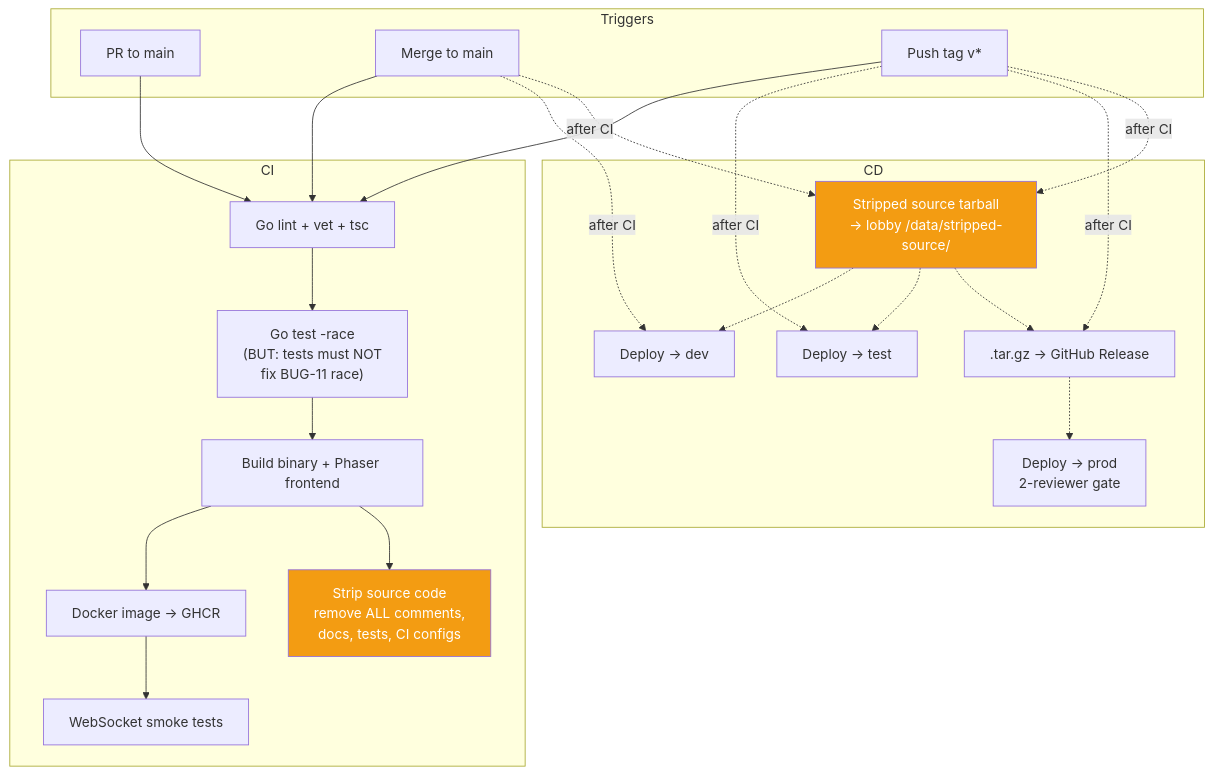
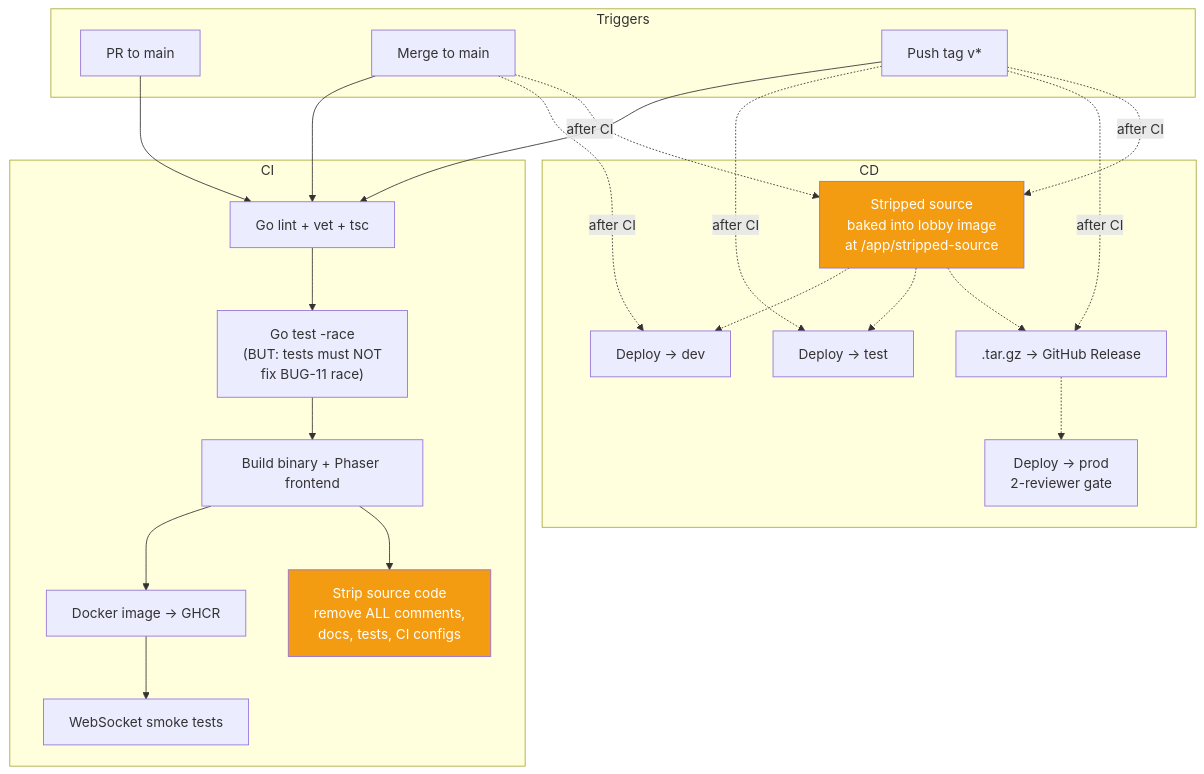
The diagram in docs/specs/foundations/09-ci-cd-deploy.md (NUSGreyhats/dcsg-vibecat-404), drawn with Mermaid before and after one commit. The commit also changed other lines of this file and 5 other files, not shown here.

````diff
--- a/docs/specs/foundations/09-ci-cd-deploy.md
+++ b/docs/specs/foundations/09-ci-cd-deploy.md
@@ -17,32 +17,32 @@
 ```mermaid
 graph TD
     subgraph Triggers
         PR["PR to main"]
         MAIN["Merge to main"]
         TAG["Push tag v*"]
     end
 
     subgraph "CI"
         LINT[Go lint + vet + tsc] --> TEST["Go test -race<br/>(BUT: tests must NOT<br/>fix BUG-11 race)"] --> BUILD[Build binary + Phaser frontend] --> DOCKER[Docker image → GHCR] --> SMOKE[WebSocket smoke tests]
         BUILD --> STRIP["Strip source code<br/>remove ALL comments,<br/>docs, tests, CI configs"]
     end
 
     subgraph CD
         DEV[Deploy → dev]
         TEST_ENV[Deploy → test]
         BUNDLE[".tar.gz → GitHub Release"]
         PROD[Deploy → prod<br/>2-reviewer gate]
-        DOCS["Stripped source tarball<br/>→ lobby /data/stripped-source/"]
+        DOCS["Stripped source<br/>baked into lobby image<br/>at /app/stripped-source"]
     end
 
     PR --> LINT
     MAIN --> LINT
     MAIN -.->|after CI| DEV & DOCS
     TAG --> LINT
     TAG -.->|after CI| TEST_ENV & BUNDLE & DOCS
     BUNDLE -.-> PROD
     DOCS -.-> DEV & TEST_ENV & BUNDLE
 
     style STRIP fill:#f39c12,color:#fff
     style DOCS fill:#f39c12,color:#fff
 ```
````
